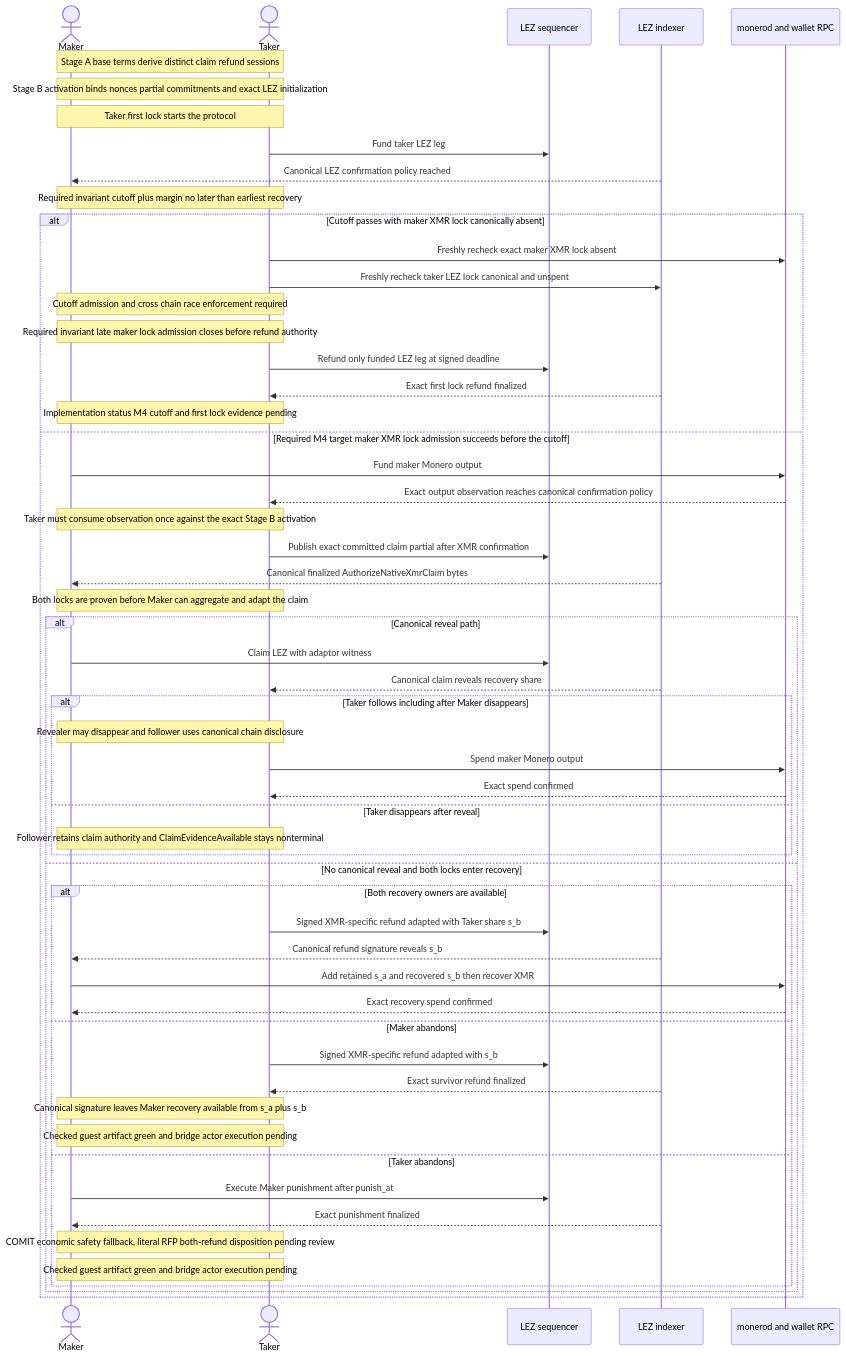
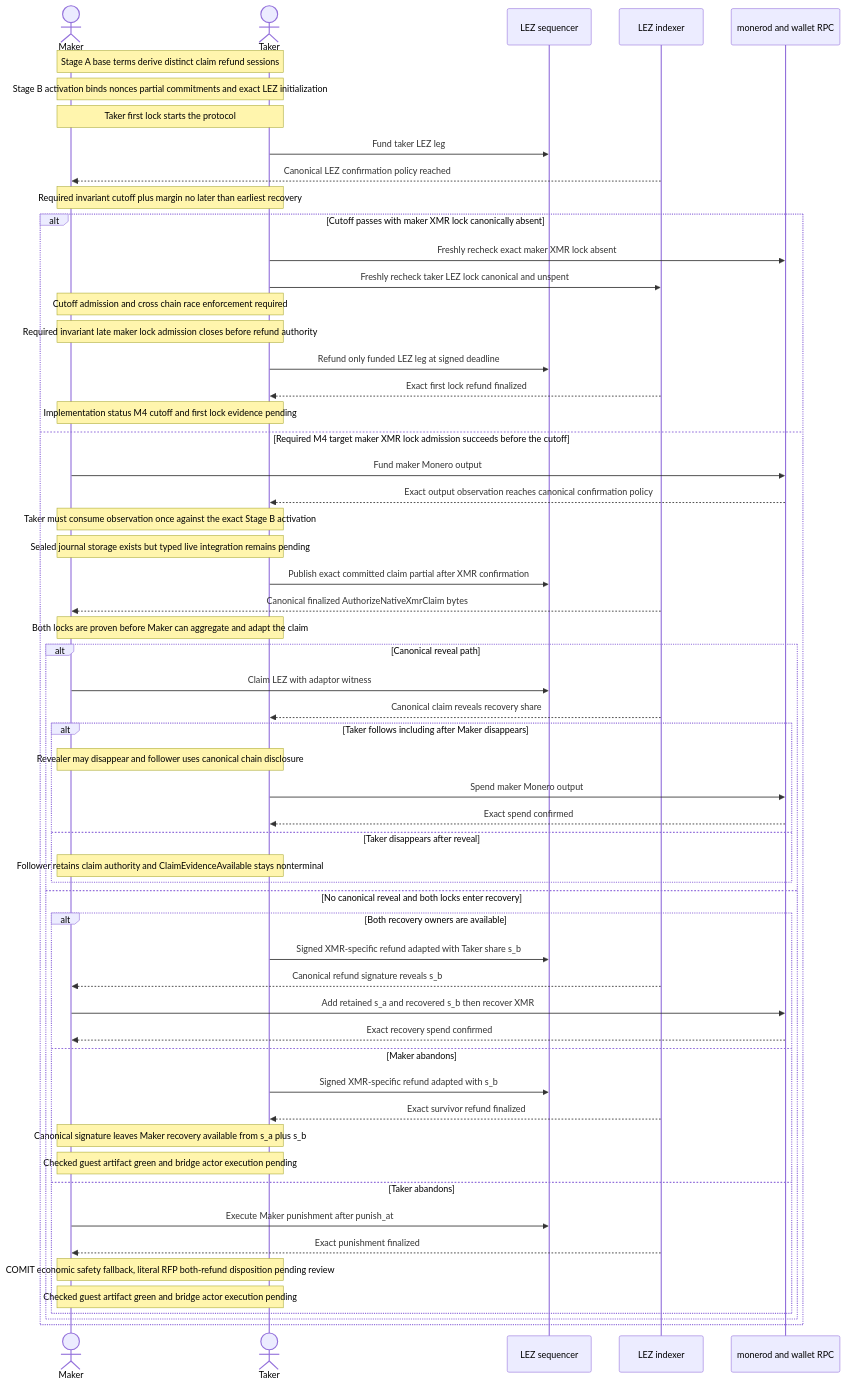
Diagram 21 of 26 in docs/architecture/system-architecture.md (gateway-fm/lez-atomic-swaps), drawn with Mermaid before and after one commit. The commit also changed other lines of this file and 13 other files, not shown here.

````diff
--- a/docs/architecture/system-architecture.md
+++ b/docs/architecture/system-architecture.md
@@ -2148,59 +2153,60 @@
 ```mermaid
 sequenceDiagram
     actor Maker
     actor Taker
     participant LezSeq as LEZ sequencer
     participant LezIdx as LEZ indexer
     participant Monero as monerod and wallet RPC
 
     Note over Maker,Taker: Stage A base terms derive distinct claim refund sessions
     Note over Maker,Taker: Stage B activation binds nonces partial commitments and exact LEZ initialization
     Note over Maker,Taker: Taker first lock starts the protocol
     Taker->>LezSeq: Fund taker LEZ leg
     LezIdx-->>Maker: Canonical LEZ confirmation policy reached
     Note over Maker,Taker: Required invariant cutoff plus margin no later than earliest recovery
     alt Cutoff passes with maker XMR lock canonically absent
         Taker->>Monero: Freshly recheck exact maker XMR lock absent
         Taker->>LezIdx: Freshly recheck taker LEZ lock canonical and unspent
         Note over Maker,Taker: Cutoff admission and cross chain race enforcement required
         Note over Maker,Taker: Required invariant late maker lock admission closes before refund authority
         Taker->>LezSeq: Refund only funded LEZ leg at signed deadline
         LezIdx-->>Taker: Exact first lock refund finalized
         Note over Maker,Taker: Implementation status M4 cutoff and first lock evidence pending
     else Required M4 target maker XMR lock admission succeeds before the cutoff
         Maker->>Monero: Fund maker Monero output
         Monero-->>Taker: Exact output observation reaches canonical confirmation policy
         Note over Maker,Taker: Taker must consume observation once against the exact Stage B activation
+        Note over Maker,Taker: Sealed journal storage exists but typed live integration remains pending
         Taker->>LezSeq: Publish exact committed claim partial after XMR confirmation
         LezIdx-->>Maker: Canonical finalized AuthorizeNativeXmrClaim bytes
         Note over Maker,Taker: Both locks are proven before Maker can aggregate and adapt the claim
         alt Canonical reveal path
             Maker->>LezSeq: Claim LEZ with adaptor witness
             LezIdx-->>Taker: Canonical claim reveals recovery share
             alt Taker follows including after Maker disappears
                 Note over Maker,Taker: Revealer may disappear and follower uses canonical chain disclosure
                 Taker->>Monero: Spend maker Monero output
                 Monero-->>Taker: Exact spend confirmed
             else Taker disappears after reveal
                 Note over Maker,Taker: Follower retains claim authority and ClaimEvidenceAvailable stays nonterminal
             end
         else No canonical reveal and both locks enter recovery
             alt Both recovery owners are available
                 Taker->>LezSeq: Signed XMR-specific refund adapted with Taker share s_b
                 LezIdx-->>Maker: Canonical refund signature reveals s_b
                 Maker->>Monero: Add retained s_a and recovered s_b then recover XMR
                 Monero-->>Maker: Exact recovery spend confirmed
             else Maker abandons
                 Taker->>LezSeq: Signed XMR-specific refund adapted with s_b
                 LezIdx-->>Taker: Exact survivor refund finalized
                 Note over Maker,Taker: Canonical signature leaves Maker recovery available from s_a plus s_b
                 Note over Maker,Taker: Checked guest artifact green and bridge actor execution pending
             else Taker abandons
                 Maker->>LezSeq: Execute Maker punishment after punish_at
                 LezIdx-->>Maker: Exact punishment finalized
                 Note over Maker,Taker: COMIT economic safety fallback, literal RFP both-refund disposition pending review
                 Note over Maker,Taker: Checked guest artifact green and bridge actor execution pending
             end
         end
     end
 ```
````
